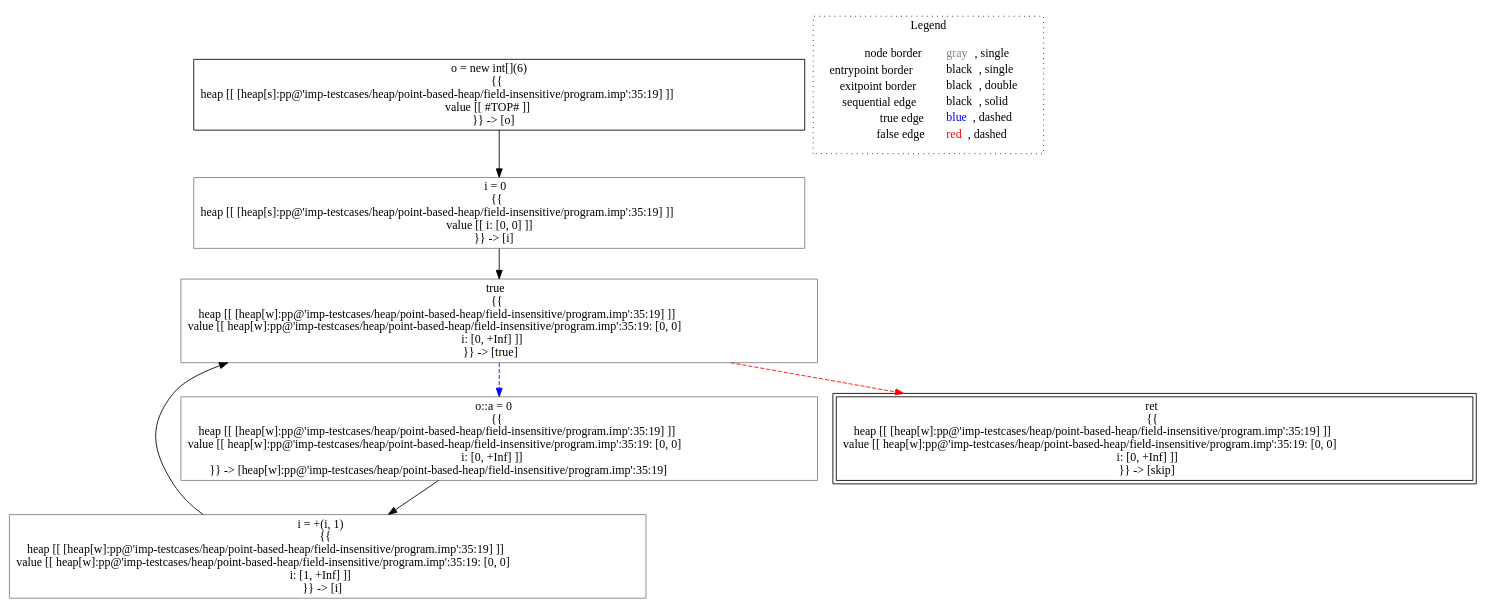
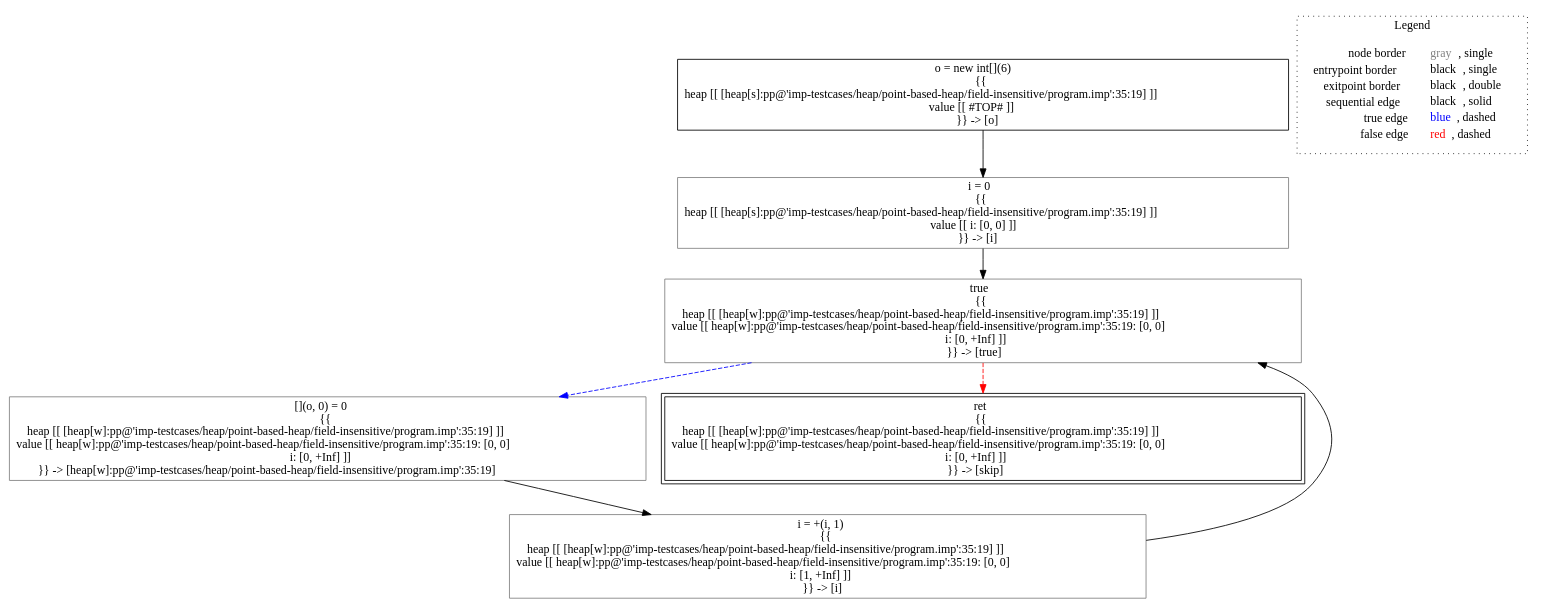
The diagram in lisa/imp-testcases/heap/point-based-heap/field-insensitive/analysis___untyped_A.f4(A_this).dot (lisa-analyzer/lisa), drawn with Graphviz before and after one commit. The commit also changed 16 other files, not shown here.

Commit message:
#95 minor fixes to heap tests, heap deref ref symbolic expressions, added pointer identifier, working on field sensitive heap analysis

```diff
--- a/lisa/imp-testcases/heap/point-based-heap/field-insensitive/analysis___untyped_A.f4(A_this).dot
+++ b/lisa/imp-testcases/heap/point-based-heap/field-insensitive/analysis___untyped_A.f4(A_this).dot
@@ -1,21 +1,21 @@
 digraph {
 	"node0" [shape="rect",color="black",label=<o = new int[](6)<BR/>{{<BR/>heap [[ [heap[s]:pp@'imp-testcases/heap/point-based-heap/field-insensitive/program.imp':35:19] ]]<BR/>value [[ #TOP# ]]<BR/>}} -&gt; [o]>];
-	"node1" [shape="rect",color="gray",label=<i = +(i, 1)<BR/>{{<BR/>heap [[ [heap[w]:pp@'imp-testcases/heap/point-based-heap/field-insensitive/program.imp':35:19] ]]<BR/>value [[ heap[w]:pp@'imp-testcases/heap/point-based-heap/field-insensitive/program.imp':35:19: [0, 0]<BR/>i: [1, +Inf] ]]<BR/>}} -&gt; [i]>];
-	"node2" [shape="rect",color="gray",label=<true<BR/>{{<BR/>heap [[ [heap[w]:pp@'imp-testcases/heap/point-based-heap/field-insensitive/program.imp':35:19] ]]<BR/>value [[ heap[w]:pp@'imp-testcases/heap/point-based-heap/field-insensitive/program.imp':35:19: [0, 0]<BR/>i: [0, +Inf] ]]<BR/>}} -&gt; [true]>];
-	"node3" [shape="rect",color="gray",label=<o::a = 0<BR/>{{<BR/>heap [[ [heap[w]:pp@'imp-testcases/heap/point-based-heap/field-insensitive/program.imp':35:19] ]]<BR/>value [[ heap[w]:pp@'imp-testcases/heap/point-based-heap/field-insensitive/program.imp':35:19: [0, 0]<BR/>i: [0, +Inf] ]]<BR/>}} -&gt; [heap[w]:pp@'imp-testcases/heap/point-based-heap/field-insensitive/program.imp':35:19]>];
-	"node4" [shape="rect",color="gray",label=<i = 0<BR/>{{<BR/>heap [[ [heap[s]:pp@'imp-testcases/heap/point-based-heap/field-insensitive/program.imp':35:19] ]]<BR/>value [[ i: [0, 0] ]]<BR/>}} -&gt; [i]>];
+	"node1" [shape="rect",color="gray",label=<[](o, 0) = 0<BR/>{{<BR/>heap [[ [heap[w]:pp@'imp-testcases/heap/point-based-heap/field-insensitive/program.imp':35:19] ]]<BR/>value [[ heap[w]:pp@'imp-testcases/heap/point-based-heap/field-insensitive/program.imp':35:19: [0, 0]<BR/>i: [0, +Inf] ]]<BR/>}} -&gt; [heap[w]:pp@'imp-testcases/heap/point-based-heap/field-insensitive/program.imp':35:19]>];
+	"node2" [shape="rect",color="gray",label=<i = 0<BR/>{{<BR/>heap [[ [heap[s]:pp@'imp-testcases/heap/point-based-heap/field-insensitive/program.imp':35:19] ]]<BR/>value [[ i: [0, 0] ]]<BR/>}} -&gt; [i]>];
+	"node3" [shape="rect",color="gray",label=<true<BR/>{{<BR/>heap [[ [heap[w]:pp@'imp-testcases/heap/point-based-heap/field-insensitive/program.imp':35:19] ]]<BR/>value [[ heap[w]:pp@'imp-testcases/heap/point-based-heap/field-insensitive/program.imp':35:19: [0, 0]<BR/>i: [0, +Inf] ]]<BR/>}} -&gt; [true]>];
+	"node4" [shape="rect",color="gray",label=<i = +(i, 1)<BR/>{{<BR/>heap [[ [heap[w]:pp@'imp-testcases/heap/point-based-heap/field-insensitive/program.imp':35:19] ]]<BR/>value [[ heap[w]:pp@'imp-testcases/heap/point-based-heap/field-insensitive/program.imp':35:19: [0, 0]<BR/>i: [1, +Inf] ]]<BR/>}} -&gt; [i]>];
 	"node5" [shape="rect",color="black",peripheries="2",label=<ret<BR/>{{<BR/>heap [[ [heap[w]:pp@'imp-testcases/heap/point-based-heap/field-insensitive/program.imp':35:19] ]]<BR/>value [[ heap[w]:pp@'imp-testcases/heap/point-based-heap/field-insensitive/program.imp':35:19: [0, 0]<BR/>i: [0, +Inf] ]]<BR/>}} -&gt; [skip]>];
-	"node1" -> "node2" [color="black"];
-	"node2" -> "node3" [color="blue",style="dashed"];
-	"node2" -> "node5" [color="red",style="dashed"];
-	"node3" -> "node1" [color="black"];
-	"node0" -> "node4" [color="black"];
-	"node4" -> "node2" [color="black"];
+	"node0" -> "node2" [color="black"];
+	"node1" -> "node4" [color="black"];
+	"node2" -> "node3" [color="black"];
+	"node3" -> "node1" [color="blue",style="dashed"];
+	"node3" -> "node5" [color="red",style="dashed"];
+	"node4" -> "node3" [color="black"];
 subgraph cluster_legend {
 	label="Legend";
 	style=dotted;
 	node [shape=plaintext];
 	"legend" [label=<<table border="0" cellpadding="2" cellspacing="0" cellborder="0"><tr><td align="right">node border&nbsp;</td><td align="left"><font color="gray">gray</font>, single</td></tr><tr><td align="right">entrypoint border&nbsp;</td><td align="left"><font color="black">black</font>, single</td></tr><tr><td align="right">exitpoint border&nbsp;</td><td align="left"><font color="black">black</font>, double</td></tr><tr><td align="right">sequential edge&nbsp;</td><td align="left"><font color="black">black</font>, solid</td></tr><tr><td align="right">true edge&nbsp;</td><td align="left"><font color="blue">blue</font>, dashed</td></tr><tr><td align="right">false edge&nbsp;</td><td align="left"><font color="red">red</font>, dashed</td></tr></table>>];
 }
 
 }
```
